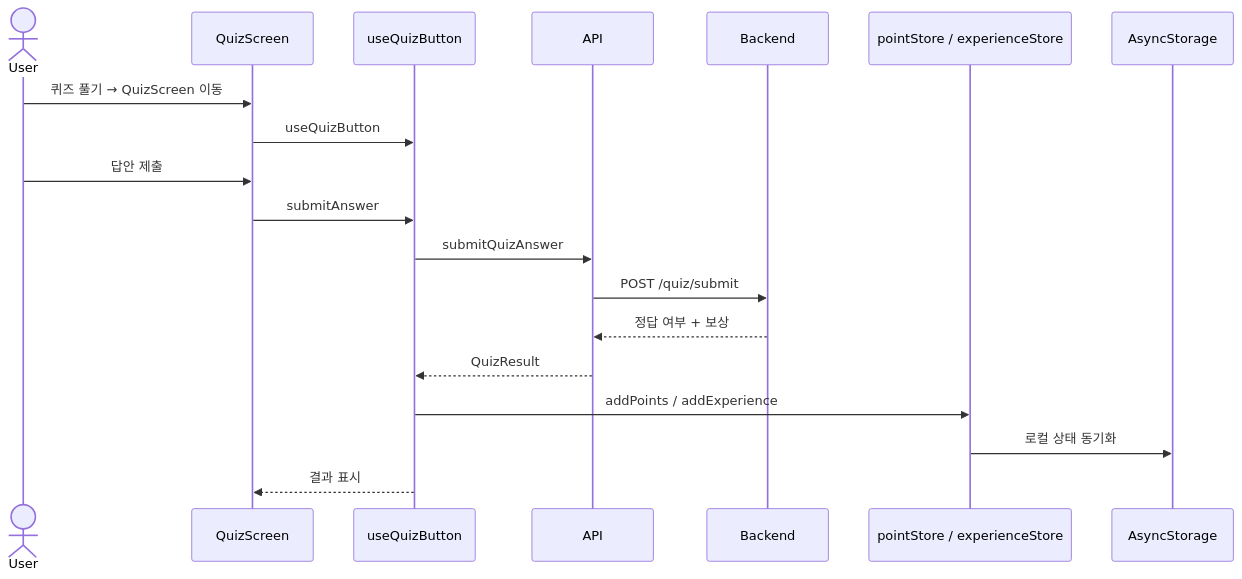
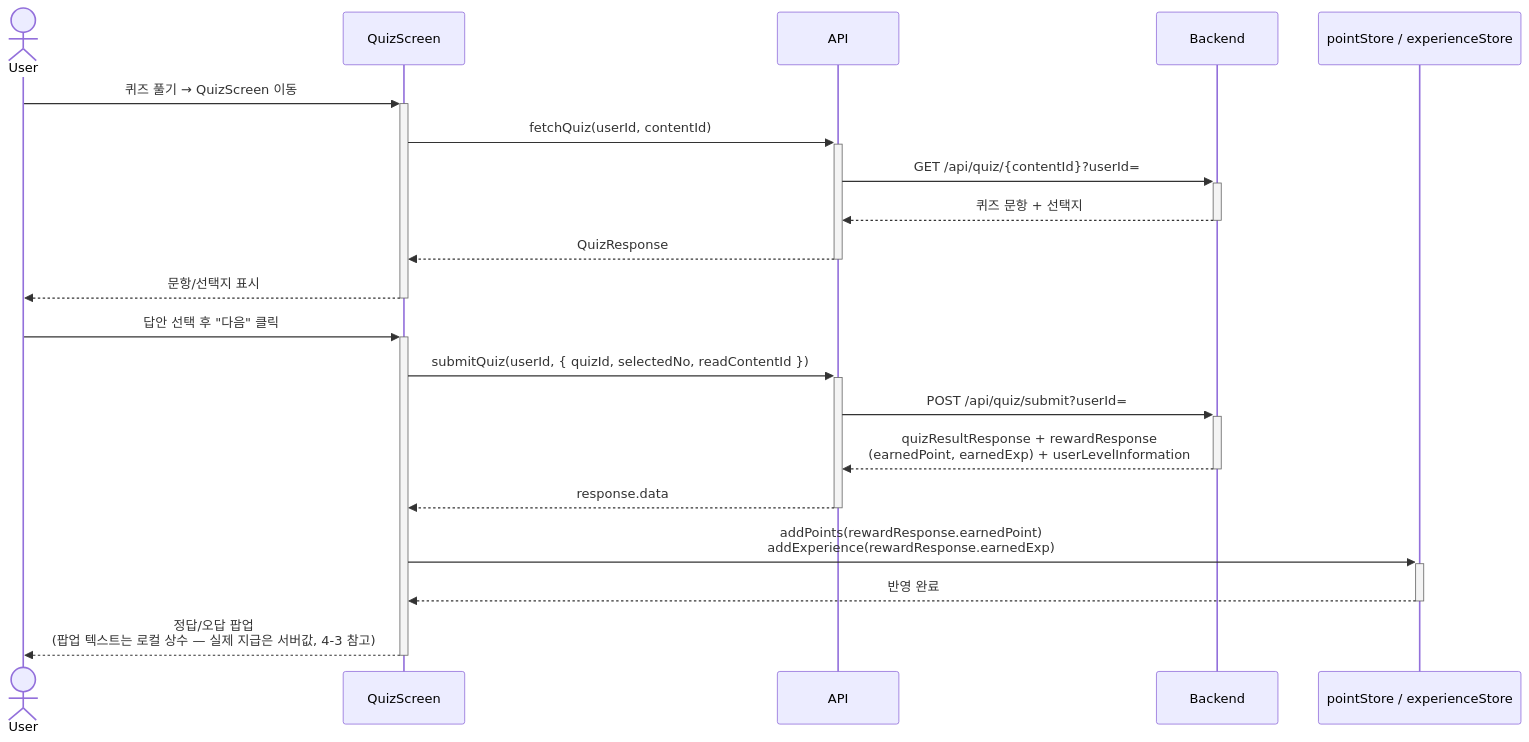
Before and after one commit to Gahyun-313/neurous-client: the fifth of 10 diagrams in docs/ARCHITECTURE.md, drawn with Mermaid. The commit also changed other lines of this file and 4 other files, not shown here.

````diff
--- a/docs/ARCHITECTURE.md
+++ b/docs/ARCHITECTURE.md
@@ -173,22 +173,24 @@
 ```mermaid
 sequenceDiagram
     actor User
     participant Screen as QuizScreen
-    participant Hook as useQuizButton
     participant API
     participant Backend
     participant Store as pointStore / experienceStore
-    participant Storage as AsyncStorage
 
-    User->>Screen: 퀴즈 풀기 → QuizScreen 이동
-    Screen->>Hook: useQuizButton
-    User->>Screen: 답안 제출
-    Screen->>Hook: submitAnswer
-    Hook->>API: submitQuizAnswer
-    API->>Backend: POST /quiz/submit
-    Backend-->>API: 정답 여부 + 보상
-    API-->>Hook: QuizResult
-    Hook->>Store: addPoints / addExperience
-    Store->>Storage: 로컬 상태 동기화
-    Hook-->>Screen: 결과 표시
+    User->>+Screen: 퀴즈 풀기 → QuizScreen 이동
+    Screen->>+API: fetchQuiz(userId, contentId)
+    API->>+Backend: GET /api/quiz/{contentId}?userId=
+    Backend-->>-API: 퀴즈 문항 + 선택지
+    API-->>-Screen: QuizResponse
+    Screen-->>-User: 문항/선택지 표시
+
+    User->>+Screen: 답안 선택 후 "다음" 클릭
+    Screen->>+API: submitQuiz(userId, { quizId, selectedNo, readContentId })
+    API->>+Backend: POST /api/quiz/submit?userId=
+    Backend-->>-API: quizResultResponse + rewardResponse<br/>(earnedPoint, earnedExp) + userLevelInformation
+    API-->>-Screen: response.data
+    Screen->>+Store: addPoints(rewardResponse.earnedPoint)<br/>addExperience(rewardResponse.earnedExp)
+    Store-->>-Screen: 반영 완료
+    Screen-->>-User: 정답/오답 팝업<br/>(팝업 텍스트는 로컬 상수 — 실제 지급은 서버값, 4-3 참고)
 ```
````
